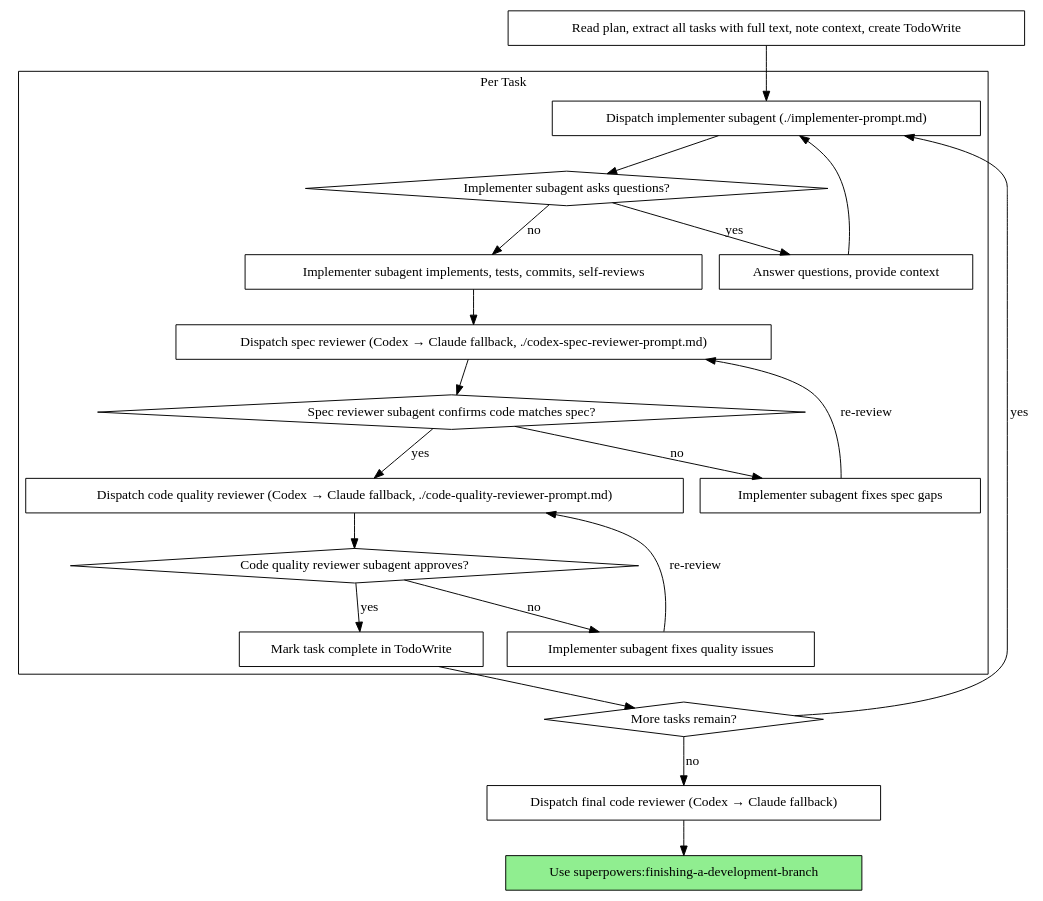
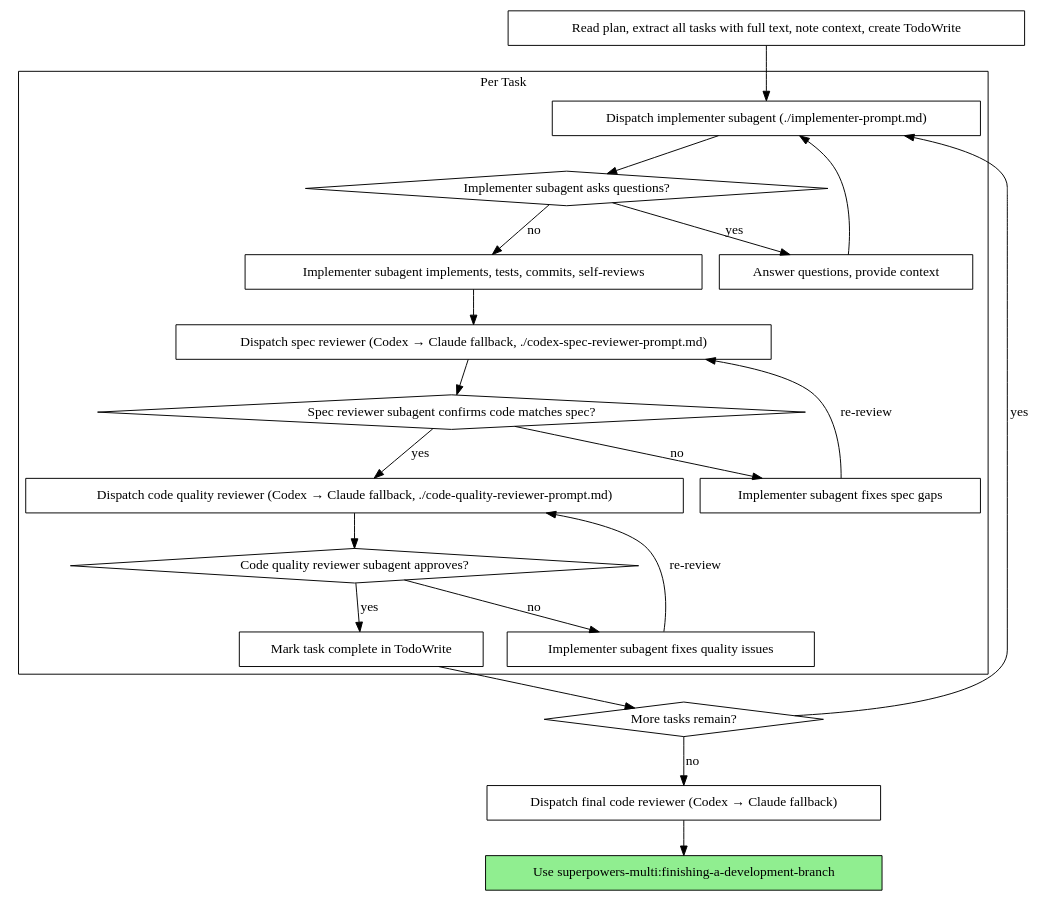
The second of 2 diagrams in skills/subagent-driven-development/SKILL.md (undrthemt/superpowers-multi), drawn with Graphviz before and after one commit. The commit also changed other lines of this file and 15 other files, not shown here.

First line of the commit message:
Rename skill trigger prefix from superpowers to superpowers-multi (#3)

````diff
--- a/skills/subagent-driven-development/SKILL.md
+++ b/skills/subagent-driven-development/SKILL.md
@@ -42,44 +42,44 @@
 ```dot
 digraph process {
     rankdir=TB;
 
     subgraph cluster_per_task {
         label="Per Task";
         "Dispatch implementer subagent (./implementer-prompt.md)" [shape=box];
         "Implementer subagent asks questions?" [shape=diamond];
         "Answer questions, provide context" [shape=box];
         "Implementer subagent implements, tests, commits, self-reviews" [shape=box];
         "Dispatch spec reviewer (Codex → Claude fallback, ./codex-spec-reviewer-prompt.md)" [shape=box];
         "Spec reviewer subagent confirms code matches spec?" [shape=diamond];
         "Implementer subagent fixes spec gaps" [shape=box];
         "Dispatch code quality reviewer (Codex → Claude fallback, ./code-quality-reviewer-prompt.md)" [shape=box];
         "Code quality reviewer subagent approves?" [shape=diamond];
         "Implementer subagent fixes quality issues" [shape=box];
         "Mark task complete in TodoWrite" [shape=box];
     }
 
     "Read plan, extract all tasks with full text, note context, create TodoWrite" [shape=box];
     "More tasks remain?" [shape=diamond];
     "Dispatch final code reviewer (Codex → Claude fallback)" [shape=box];
-    "Use superpowers:finishing-a-development-branch" [shape=box style=filled fillcolor=lightgreen];
+    "Use superpowers-multi:finishing-a-development-branch" [shape=box style=filled fillcolor=lightgreen];
 
     "Read plan, extract all tasks with full text, note context, create TodoWrite" -> "Dispatch implementer subagent (./implementer-prompt.md)";
     "Dispatch implementer subagent (./implementer-prompt.md)" -> "Implementer subagent asks questions?";
     "Implementer subagent asks questions?" -> "Answer questions, provide context" [label="yes"];
     "Answer questions, provide context" -> "Dispatch implementer subagent (./implementer-prompt.md)";
     "Implementer subagent asks questions?" -> "Implementer subagent implements, tests, commits, self-reviews" [label="no"];
     "Implementer subagent implements, tests, commits, self-reviews" -> "Dispatch spec reviewer (Codex → Claude fallback, ./codex-spec-reviewer-prompt.md)";
     "Dispatch spec reviewer (Codex → Claude fallback, ./codex-spec-reviewer-prompt.md)" -> "Spec reviewer subagent confirms code matches spec?";
     "Spec reviewer subagent confirms code matches spec?" -> "Implementer subagent fixes spec gaps" [label="no"];
     "Implementer subagent fixes spec gaps" -> "Dispatch spec reviewer (Codex → Claude fallback, ./codex-spec-reviewer-prompt.md)" [label="re-review"];
     "Spec reviewer subagent confirms code matches spec?" -> "Dispatch code quality reviewer (Codex → Claude fallback, ./code-quality-reviewer-prompt.md)" [label="yes"];
     "Dispatch code quality reviewer (Codex → Claude fallback, ./code-quality-reviewer-prompt.md)" -> "Code quality reviewer subagent approves?";
     "Code quality reviewer subagent approves?" -> "Implementer subagent fixes quality issues" [label="no"];
     "Implementer subagent fixes quality issues" -> "Dispatch code quality reviewer (Codex → Claude fallback, ./code-quality-reviewer-prompt.md)" [label="re-review"];
     "Code quality reviewer subagent approves?" -> "Mark task complete in TodoWrite" [label="yes"];
     "Mark task complete in TodoWrite" -> "More tasks remain?";
     "More tasks remain?" -> "Dispatch implementer subagent (./implementer-prompt.md)" [label="yes"];
     "More tasks remain?" -> "Dispatch final code reviewer (Codex → Claude fallback)" [label="no"];
-    "Dispatch final code reviewer (Codex → Claude fallback)" -> "Use superpowers:finishing-a-development-branch";
+    "Dispatch final code reviewer (Codex → Claude fallback)" -> "Use superpowers-multi:finishing-a-development-branch";
 }
 ```
````
